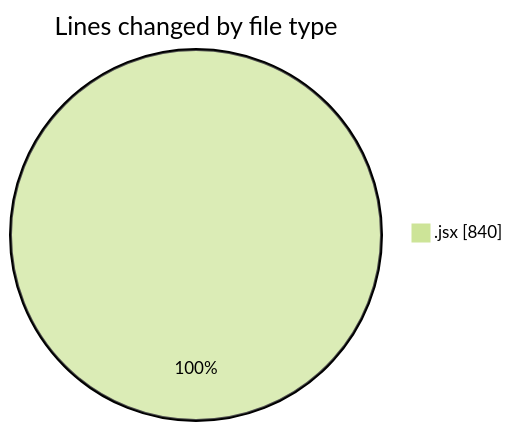
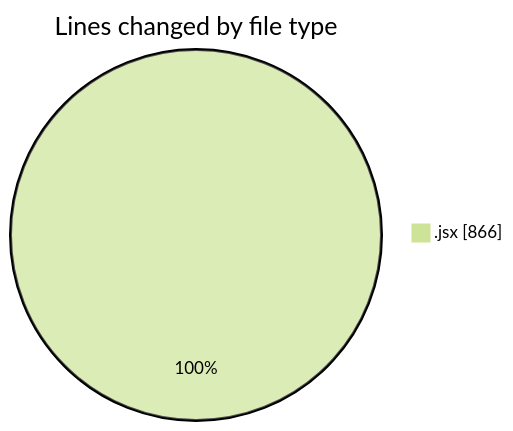
The first of 2 diagrams in 2025-06-03/nxtqube_webapp/README.md (nxtqubesakshisongat/code-tracking), drawn with Mermaid (forest theme) before and after one commit. The commit also changed other lines of this file and 1 other file, not shown here.

````diff
--- a/2025-06-03/nxtqube_webapp/README.md
+++ b/2025-06-03/nxtqube_webapp/README.md
@@ -20,5 +20,5 @@
 ```mermaid
 pie showData
 title Lines changed by file type
-".jsx" : 840
+".jsx" : 866
 ```
````
